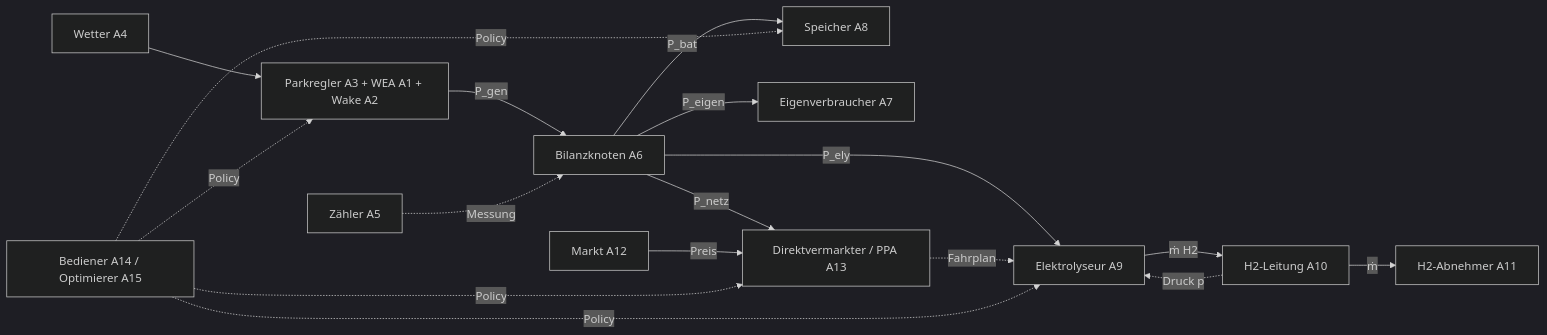
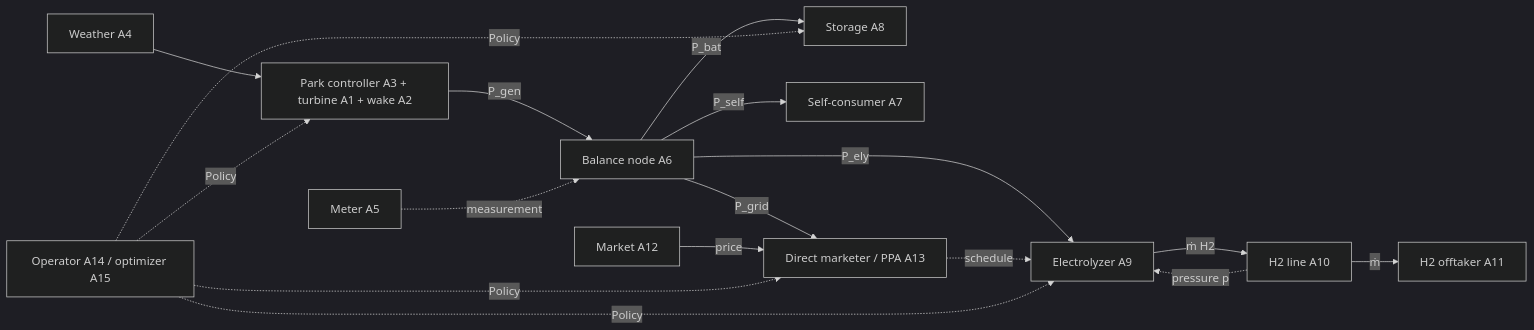
One commit to kamir/OpenTSx changed the second of 3 diagrams in docs/datamodel-2026/07-DIGITAL-TWIN-BSP.md. Above: the diagram before and after it, drawn with Mermaid (dark theme). The commit also changed other lines of this file and 19 other files, not shown here.

````diff
--- a/docs/datamodel-2026/07-DIGITAL-TWIN-BSP.md
+++ b/docs/datamodel-2026/07-DIGITAL-TWIN-BSP.md
@@ -163,16 +160,16 @@
 ```mermaid
 flowchart LR
-  W[Wetter A4] --> PK[Parkregler A3 + WEA A1 + Wake A2]
-  PK -->|P_gen| B[Bilanzknoten A6]
-  B -->|P_ely| E[Elektrolyseur A9]
-  B -->|P_bat| S[Speicher A8]
-  B -->|P_eigen| L[Eigenverbraucher A7]
-  B -->|P_netz| DV[Direktvermarkter / PPA A13]
-  E -->|ṁ H2| HL[H2-Leitung A10]
-  HL -->|ṁ| HA[H2-Abnehmer A11]
-  HL -.->|Druck p| E
-  M[Markt A12] -->|Preis| DV
-  Z[Zähler A5] -.->|Messung| B
-  DV -.->|Fahrplan| E
-  OP[Bediener A14 / Optimierer A15] -.->|Policy| E & S & PK & DV
+  W[Weather A4] --> PK[Park controller A3 + turbine A1 + wake A2]
+  PK -->|P_gen| B[Balance node A6]
+  B -->|P_ely| E[Electrolyzer A9]
+  B -->|P_bat| S[Storage A8]
+  B -->|P_self| L[Self-consumer A7]
+  B -->|P_grid| DV[Direct marketer / PPA A13]
+  E -->|ṁ H2| HL[H2 line A10]
+  HL -->|ṁ| HA[H2 offtaker A11]
+  HL -.->|pressure p| E
+  M[Market A12] -->|price| DV
+  Z[Meter A5] -.->|measurement| B
+  DV -.->|schedule| E
+  OP[Operator A14 / optimizer A15] -.->|Policy| E & S & PK & DV
 ```
````
